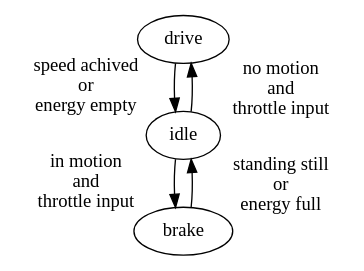
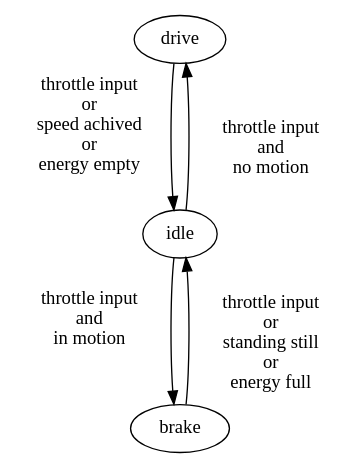
The diagram in Software/state_diagram.dot (Solaire-42/kers), drawn with Graphviz before and after one commit. The commit also changed 1 other file, not shown here.

Commit message:
Software: State diagram - enable exit of drive/brake state with throttle input (safety)

```diff
--- a/Software/state_diagram.dot
+++ b/Software/state_diagram.dot
@@ -1,10 +1,14 @@
 digraph G {
-    drive -> idle [ headlabel="speed achived \n or \n energy empty", 
-                    labeldistance=7 labelangle=70];
-    idle -> drive [ headlabel="no motion \n and \n throttle input", 
-                    labeldistance=7 labelangle=70];
-    idle -> brake [ headlabel="in motion \n and \n throttle input", 
-                    labeldistance=7 labelangle=70];
-    brake -> idle [ headlabel="standing still \n or \n energy full", 
-                    labeldistance=7 labelangle=70];
+    drive -> idle [ minlen=3, 
+                    headlabel="throttle input \n or \n speed achived \n or \n energy empty", 
+                    labeldistance=9 labelangle=40];
+    idle -> drive [ minlen=3, 
+                    headlabel="throttle input \n and \n no motion", 
+                    labeldistance=9, labelangle=40];
+    idle -> brake [ minlen=3, 
+                    headlabel="throttle input \n and \n in motion", 
+                    labeldistance=9, labelangle=40];
+    brake -> idle [ minlen=3, 
+                    headlabel="throttle input \n or \n standing still \n or \n energy full", 
+                    labeldistance=9 labelangle=40];
 }
```
